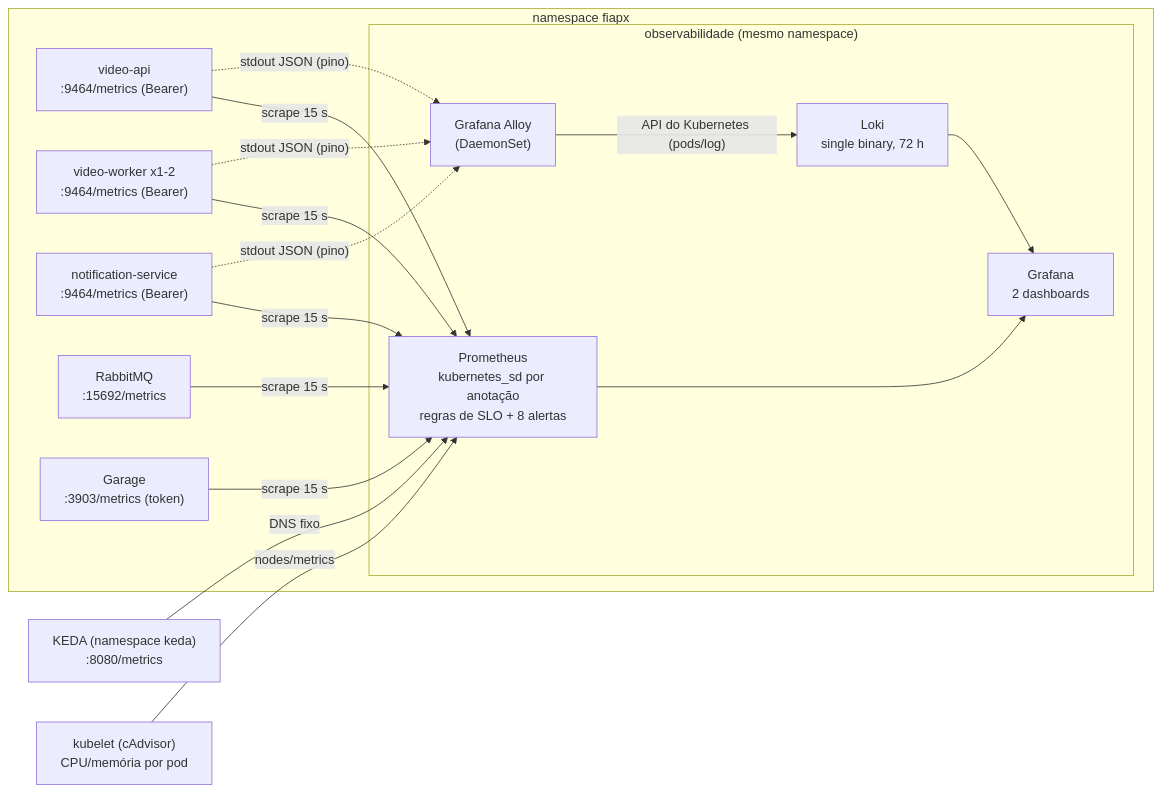
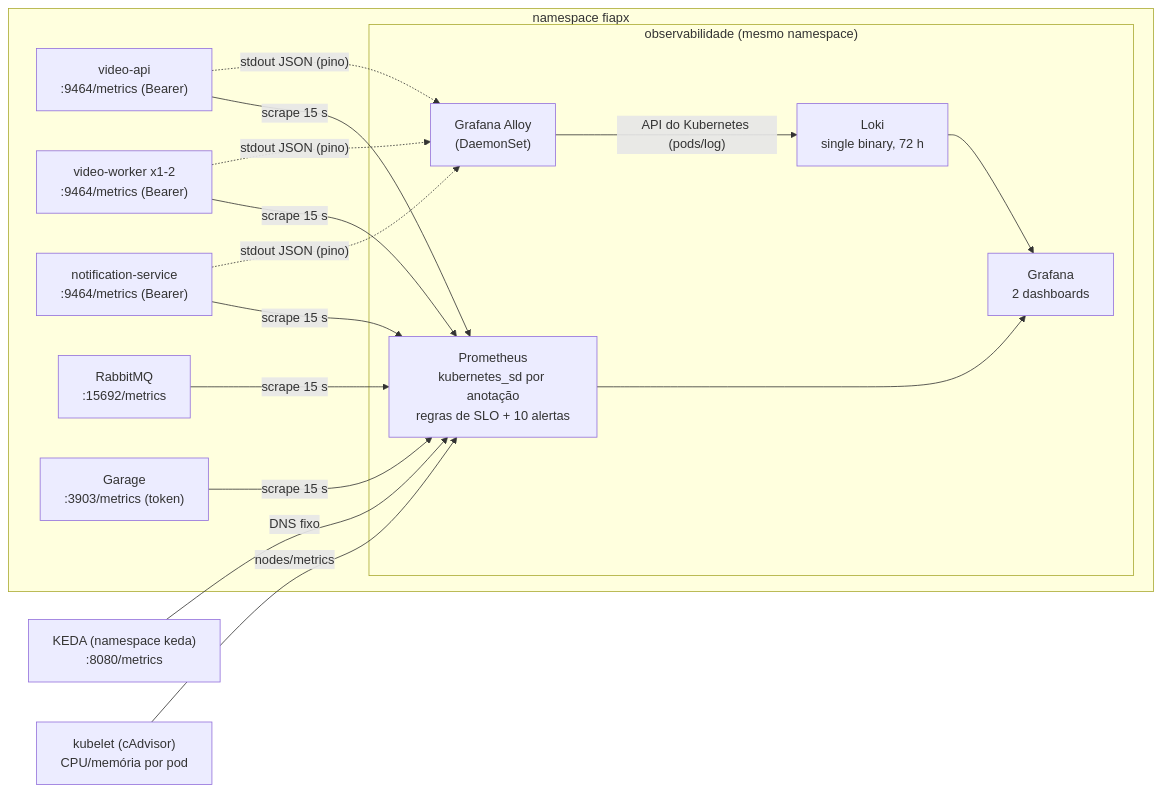
The diagram in docs/observabilidade.md (arthurfcs98/fiap-fase5-fiapx), drawn with Mermaid before and after one commit. The commit also changed other lines of this file and 231 other files, not shown here.

````diff
--- a/docs/observabilidade.md
+++ b/docs/observabilidade.md
@@ -21,25 +21,25 @@
 ```mermaid
 flowchart LR
   subgraph APPS["namespace fiapx"]
     API["video-api<br/>:9464/metrics (Bearer)"]
     W["video-worker x1-2<br/>:9464/metrics (Bearer)"]
     N["notification-service<br/>:9464/metrics (Bearer)"]
     MQ["RabbitMQ<br/>:15692/metrics"]
     S3["Garage<br/>:3903/metrics (token)"]
     subgraph OBS["observabilidade (mesmo namespace)"]
-      P["Prometheus<br/>kubernetes_sd por anotação<br/>regras de SLO + 8 alertas"]
+      P["Prometheus<br/>kubernetes_sd por anotação<br/>regras de SLO + 10 alertas"]
       AL["Grafana Alloy<br/>(DaemonSet)"]
       L["Loki<br/>single binary, 72 h"]
       G["Grafana<br/>2 dashboards"]
     end
   end
   KEDA["KEDA (namespace keda)<br/>:8080/metrics"]
   KUBELET["kubelet (cAdvisor)<br/>CPU/memória por pod"]
   API & W & N & MQ & S3 -->|scrape 15 s| P
   KEDA -->|DNS fixo| P
   KUBELET -->|nodes/metrics| P
   API & W & N -. "stdout JSON (pino)" .-> AL
   AL -->|"API do Kubernetes (pods/log)"| L
   P --> G
   L --> G
 ```
````
